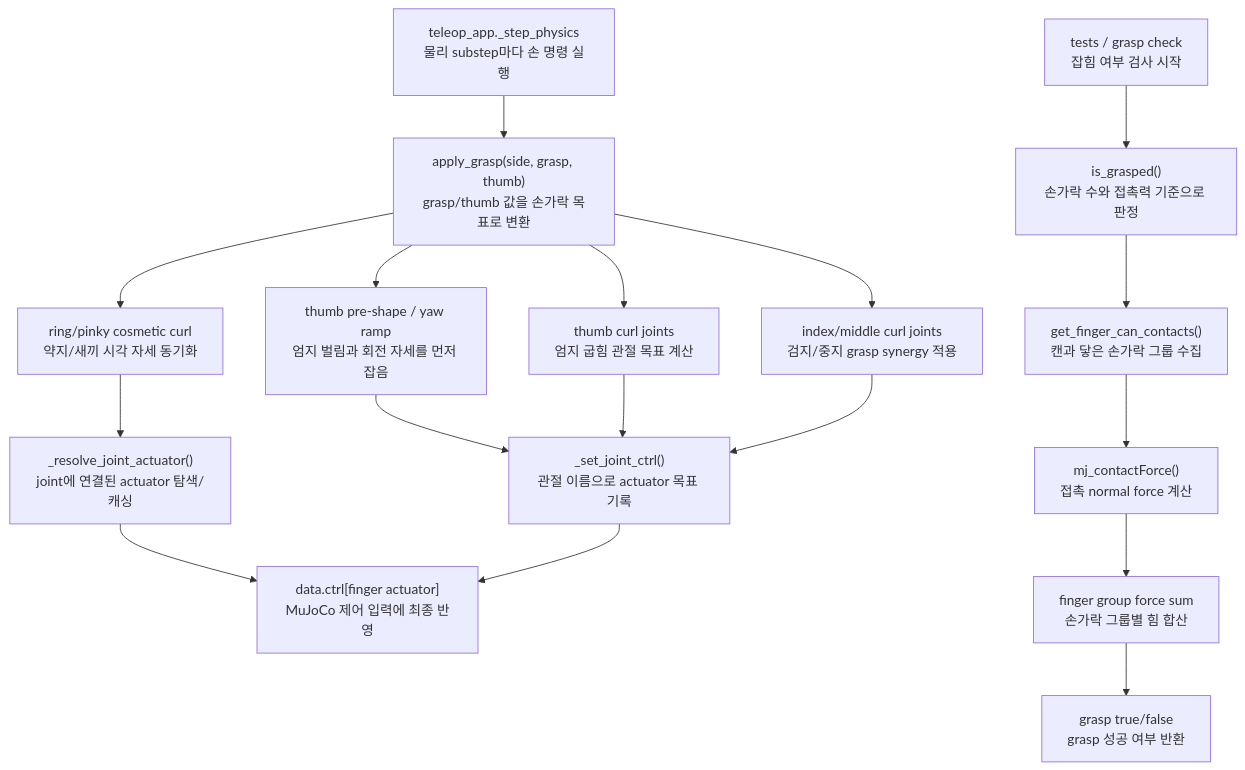
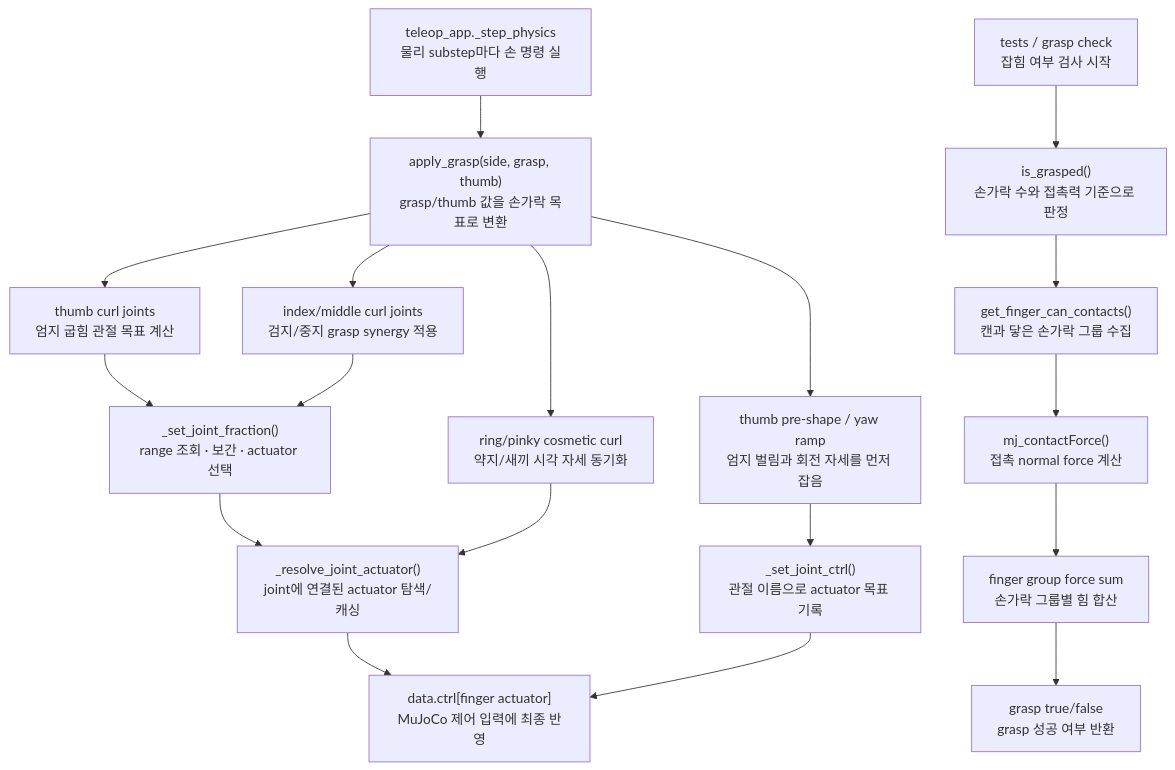
The diagram in docs/guide/grasp.md (ggh-png/ffw-sh5-grasp), drawn with Mermaid before and after one commit. The commit also changed other lines of this file and 16 other files, not shown here.

````diff
--- a/docs/guide/grasp.md
+++ b/docs/guide/grasp.md
@@ -68,20 +71,21 @@
 ```mermaid
 flowchart TD
     A["teleop_app._step_physics<br>물리 substep마다 손 명령 실행"] --> B["apply_grasp(side, grasp, thumb)<br>grasp/thumb 값을 손가락 목표로 변환"]
     B --> C["thumb pre-shape / yaw ramp<br>엄지 벌림과 회전 자세를 먼저 잡음"]
     B --> D["thumb curl joints<br>엄지 굽힘 관절 목표 계산"]
     B --> E["index/middle curl joints<br>검지/중지 grasp synergy 적용"]
     B --> F["ring/pinky cosmetic curl<br>약지/새끼 시각 자세 동기화"]
     C --> G["_set_joint_ctrl()<br>관절 이름으로 actuator 목표 기록"]
-    D --> G
-    E --> G
+    D --> H2["_set_joint_fraction()<br>range 조회 · 보간 · actuator 선택"]
+    E --> H2
+    H2 --> H
     F --> H["_resolve_joint_actuator()<br>joint에 연결된 actuator 탐색/캐싱"]
     H --> I["data.ctrl[finger actuator]<br>MuJoCo 제어 입력에 최종 반영"]
     G --> I
 
     J["tests / grasp check<br>잡힘 여부 검사 시작"] --> K["is_grasped()<br>손가락 수와 접촉력 기준으로 판정"]
     K --> L["get_finger_can_contacts()<br>캔과 닿은 손가락 그룹 수집"]
     L --> M["mj_contactForce()<br>접촉 normal force 계산"]
     M --> N["finger group force sum<br>손가락 그룹별 힘 합산"]
     N --> O["grasp true/false<br>grasp 성공 여부 반환"]
 ```
````
